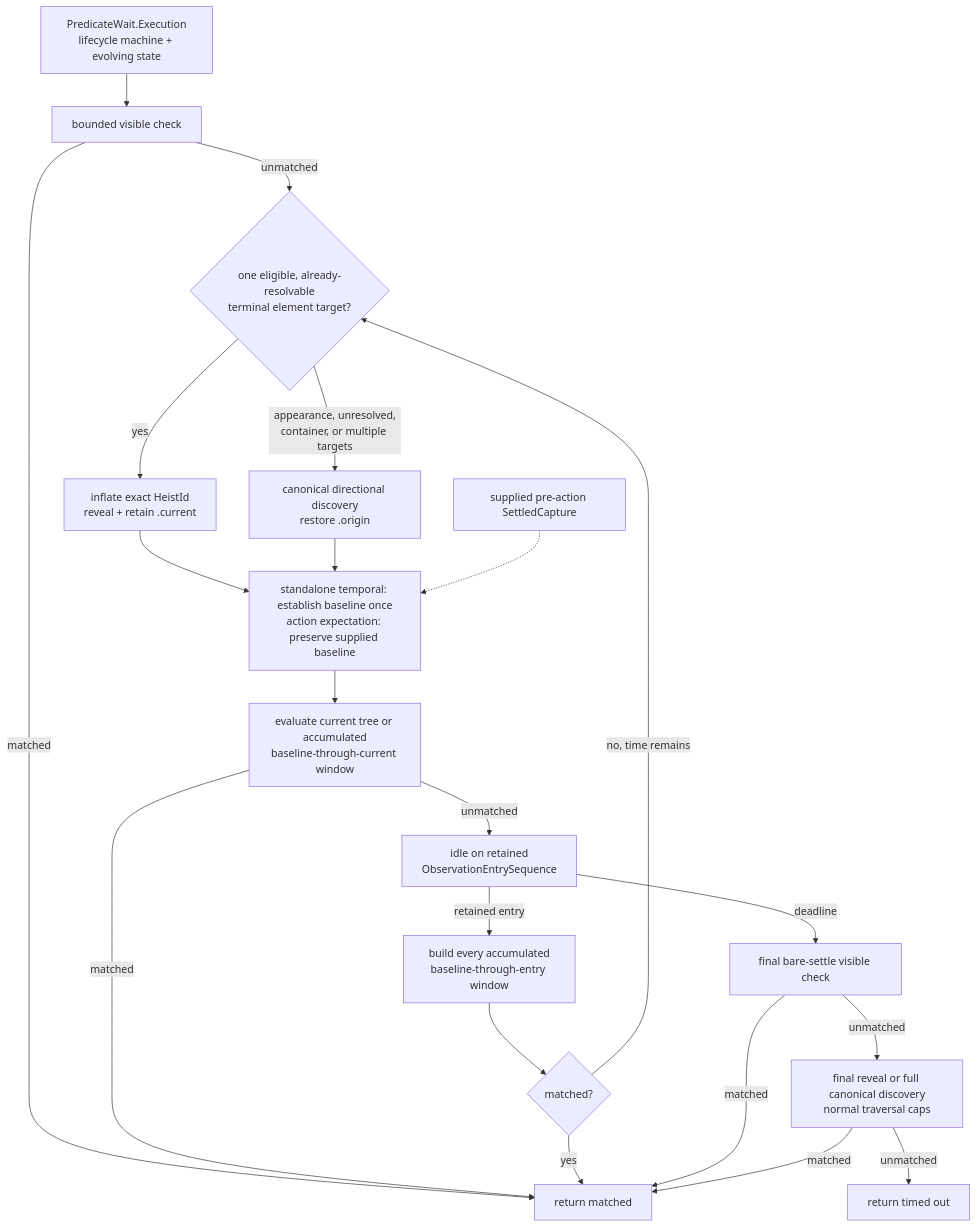
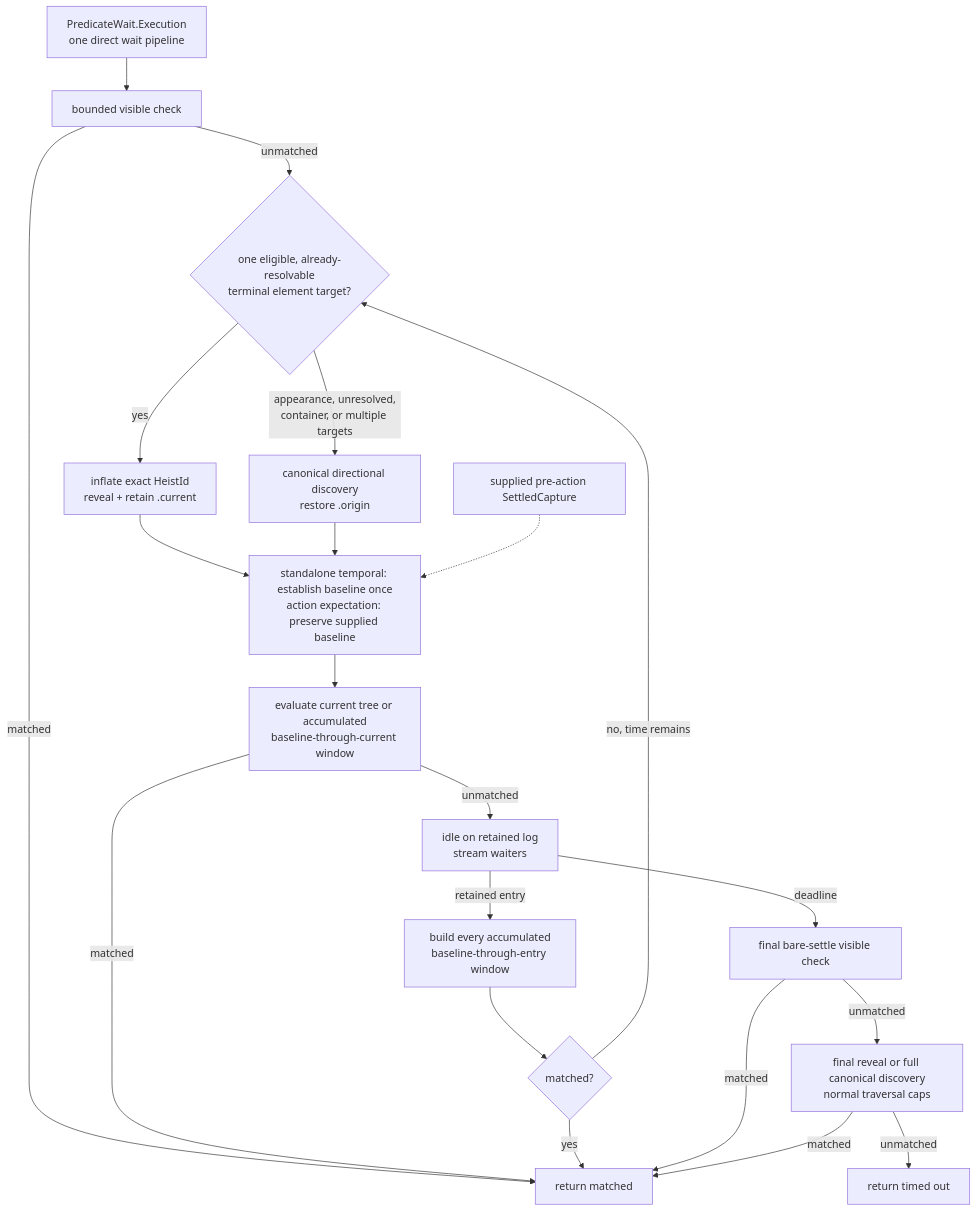
The fourth of 5 diagrams in docs/diagrams/observation-pipeline.md (RoyalPineapple/TheButtonHeist), drawn with Mermaid before and after one commit. The commit also changed other lines of this file and 100 other files, not shown here.

First line of the commit message:
Consolidate canonical architecture ownership (#1354)

````diff
--- a/docs/diagrams/observation-pipeline.md
+++ b/docs/diagrams/observation-pipeline.md
@@ -147,23 +146,23 @@
 ```mermaid
 flowchart TD
-    Start["PredicateWait.Execution<br/>lifecycle machine + evolving state"] --> Visible["bounded visible check"]
+    Start["PredicateWait.Execution<br/>one direct wait pipeline"] --> Visible["bounded visible check"]
     Visible -->|matched| Match["return matched"]
     Visible -->|unmatched| Route{"one eligible, already-resolvable<br/>terminal element target?"}
     Route -->|yes| Reveal["inflate exact HeistId<br/>reveal + retain .current"]
     Route -->|appearance, unresolved,<br/>container, or multiple targets| Discovery["canonical directional discovery<br/>restore .origin"]
     Reveal --> Prepare["standalone temporal: establish baseline once<br/>action expectation: preserve supplied baseline"]
     Discovery --> Prepare
     ActionBaseline["supplied pre-action SettledCapture"] -.-> Prepare
     Prepare --> Evaluate["evaluate current tree or accumulated<br/>baseline-through-current window"]
     Evaluate -->|matched| Match
-    Evaluate -->|unmatched| Idle["idle on retained<br/>ObservationEntrySequence"]
+    Evaluate -->|unmatched| Idle["idle on retained log<br/>stream waiters"]
     Idle -->|retained entry| Window["build every accumulated<br/>baseline-through-entry window"]
     Window --> EntryEvaluation{"matched?"}
     EntryEvaluation -->|yes| Match
     EntryEvaluation -->|no, time remains| Route
     Idle -->|deadline| FinalVisible["final bare-settle visible check"]
     FinalVisible -->|matched| Match
     FinalVisible -->|unmatched| FinalSearch["final reveal or full canonical discovery<br/>normal traversal caps"]
     FinalSearch -->|matched| Match
     FinalSearch -->|unmatched| Timeout["return timed out"]
 ```
````
